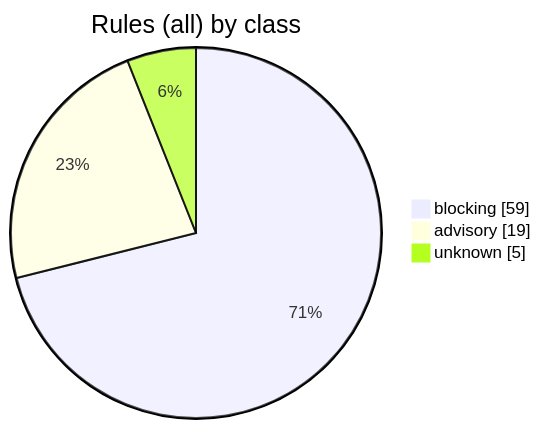
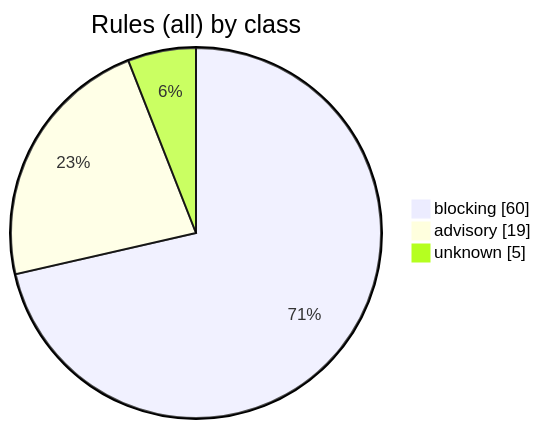
One commit to korczis/OpenTTD changed the diagram in .ai/repo/rules/README.md. Above: the diagram before and after it, drawn with Mermaid. The commit also changed other lines of this file and 10 other files, not shown here.

````diff
--- a/.ai/repo/rules/README.md
+++ b/.ai/repo/rules/README.md
@@ -106,7 +106,7 @@
 ```mermaid
 pie showData title Rules (all) by class
     %% links: README.md?col=Class&filter=blocking#in-this-repository | README.md?col=Class&filter=advisory#in-this-repository | README.md?col=Class&filter=#in-this-repository
-    "blocking" : 59
+    "blocking" : 60
     "advisory" : 19
     "unknown" : 5
 ```
````
